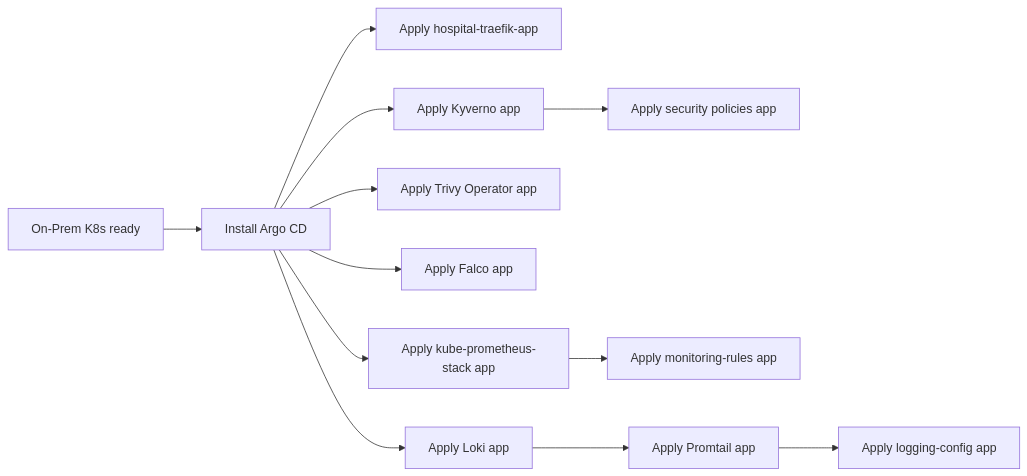
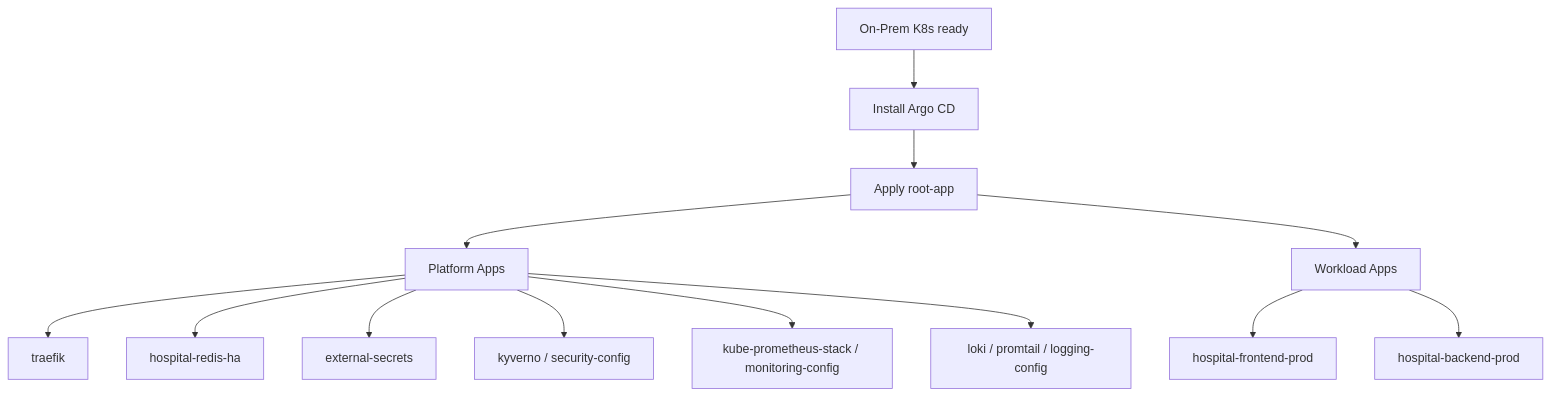
One commit to Kien-devops/k8s-home changed the fourth of 4 diagrams in docs/argocd-README.md. Above: the diagram before and after it, drawn with Mermaid. The commit also changed other lines of this file and 14 other files, not shown here.

````diff
--- a/docs/argocd-README.md
+++ b/docs/argocd-README.md
@@ -180,14 +192,15 @@
 ```mermaid
-flowchart LR
+flowchart TD
   k8s[On-Prem K8s ready] --> argo[Install Argo CD]
-  argo --> app[Apply hospital-traefik-app]
-  argo --> kyverno[Apply Kyverno app]
-  kyverno --> policies[Apply security policies app]
-  argo --> trivy[Apply Trivy Operator app]
-  argo --> falco[Apply Falco app]
-  argo --> prom[Apply kube-prometheus-stack app]
-  prom --> rules[Apply monitoring-rules app]
-  argo --> loki[Apply Loki app]
-  loki --> promtail[Apply Promtail app]
-  promtail --> logcfg[Apply logging-config app]
+  argo --> root[Apply root-app]
+  root --> platform[Platform Apps]
+  root --> workloads[Workload Apps]
+  platform --> traefik[traefik]
+  platform --> redis[hospital-redis-ha]
+  platform --> secrets[external-secrets]
+  platform --> kyverno[kyverno / security-config]
+  platform --> monitoring[kube-prometheus-stack / monitoring-config]
+  platform --> logging[loki / promtail / logging-config]
+  workloads --> fe[hospital-frontend-prod]
+  workloads --> be[hospital-backend-prod]
 ```
````
